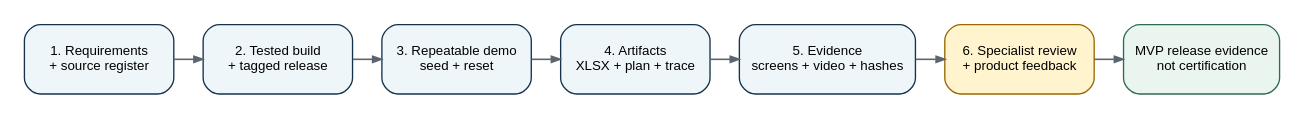
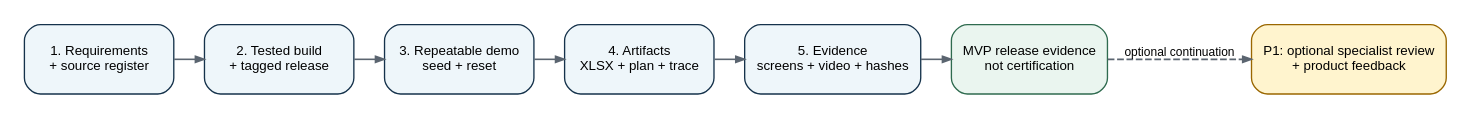
The diagram in docs/us/diagrams/evidence_ladder.dot (thevladbog/markiro), drawn with Graphviz before and after one commit. The commit also changed 148 other files, not shown here.

Commit message:
feat(us): checkpoint isolated MVP foundation and access flow

```diff
--- a/docs/us/diagrams/evidence_ladder.dot
+++ b/docs/us/diagrams/evidence_ladder.dot
@@ -1,14 +1,15 @@
 
 digraph G {
   graph [rankdir=LR, bgcolor="white", pad=0.15, nodesep=0.22, ranksep=0.3, fontname="Arial"];
   node [shape=box, style="rounded,filled", fontname="Arial", fontsize=10, color="#15324B", fillcolor="#EEF6FA", margin="0.12,0.07", width=1.55, height=0.72];
-  edge [color="#5B6570", penwidth=1.2, arrowsize=0.65];
+  edge [color="#5B6570", penwidth=1.2, arrowsize=0.65, fontname="Arial", fontsize=9];
   A [label="1. Requirements\n+ source register"];
   B [label="2. Tested build\n+ tagged release"];
   C [label="3. Repeatable demo\nseed + reset"];
   D [label="4. Artifacts\nXLSX + plan + trace"];
   E [label="5. Evidence\nscreens + video + hashes"];
-  F [label="6. Specialist review\n+ product feedback", fillcolor="#FFF4CE", color="#9A6700"];
+  F [label="P1: optional specialist review\n+ product feedback", fillcolor="#FFF4CE", color="#9A6700"];
   G [label="MVP release evidence\nnot certification", fillcolor="#EAF5EF", color="#2F6B4F"];
-  A -> B -> C -> D -> E -> F -> G;
+  A -> B -> C -> D -> E -> G;
+  G -> F [style=dashed, label="optional continuation"];
 }
```
